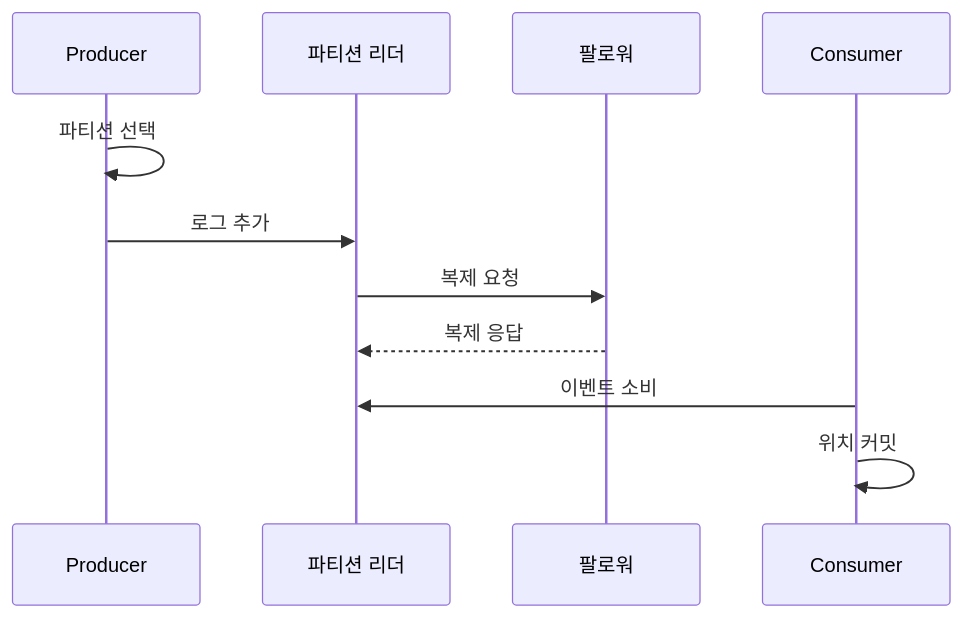
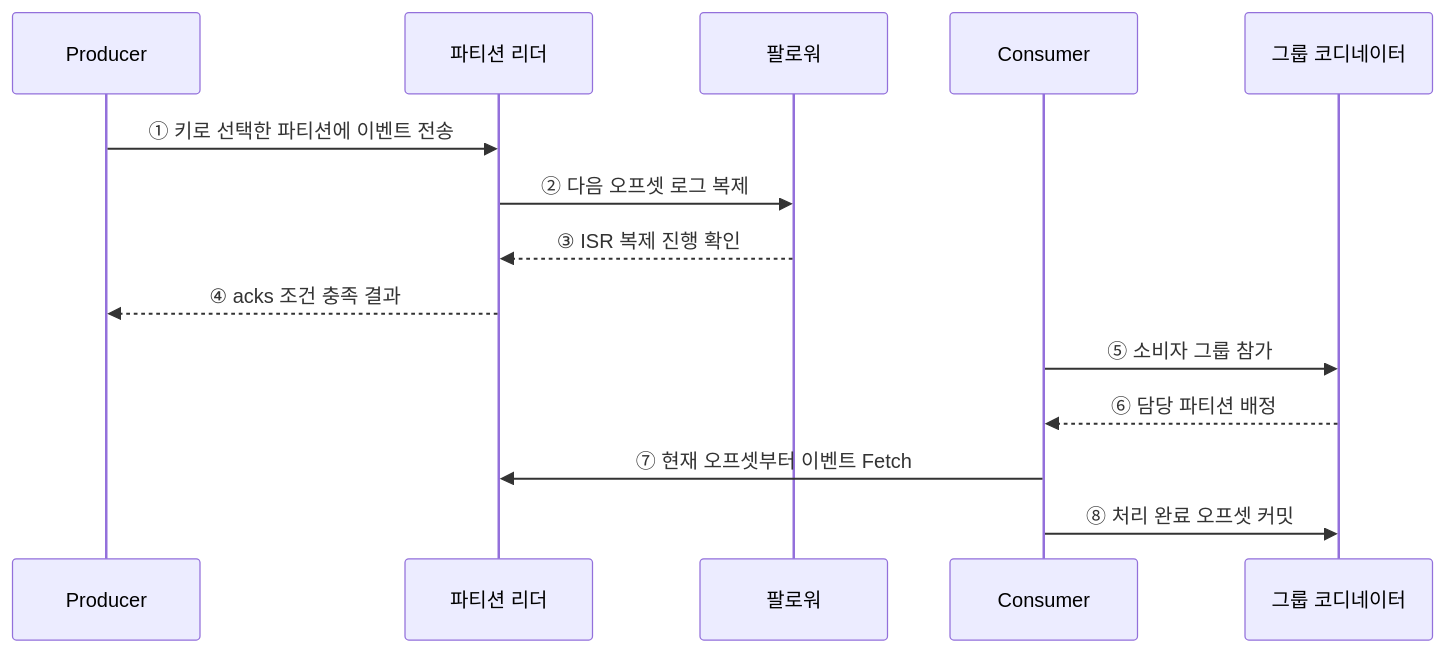
The second of 2 diagrams in src/content/docs/notes/03-software/119_apache_kafka.md (agnusdei1207/knowledge-base), drawn with Mermaid before and after one commit. The commit also changed other lines of this file and 20 other files, not shown here.

````diff
--- a/src/content/docs/notes/03-software/119_apache_kafka.md
+++ b/src/content/docs/notes/03-software/119_apache_kafka.md
@@ -92,13 +82,16 @@
 ```mermaid
 sequenceDiagram
     participant P as Producer
     participant L as 파티션 리더
     participant F as 팔로워
     participant C as Consumer
-    P->>P: 파티션 선택
-    P->>L: 로그 추가
-    L->>F: 복제 요청
-    F-->>L: 복제 응답
-    C->>L: 이벤트 소비
-    C->>C: 위치 커밋
+    participant G as 그룹 코디네이터
+    P->>L: ① 키로 선택한 파티션에 이벤트 전송
+    L->>F: ② 다음 오프셋 로그 복제
+    F-->>L: ③ ISR 복제 진행 확인
+    L-->>P: ④ acks 조건 충족 결과
+    C->>G: ⑤ 소비자 그룹 참가
+    G-->>C: ⑥ 담당 파티션 배정
+    C->>L: ⑦ 현재 오프셋부터 이벤트 Fetch
+    C->>G: ⑧ 처리 완료 오프셋 커밋
 ```
````
